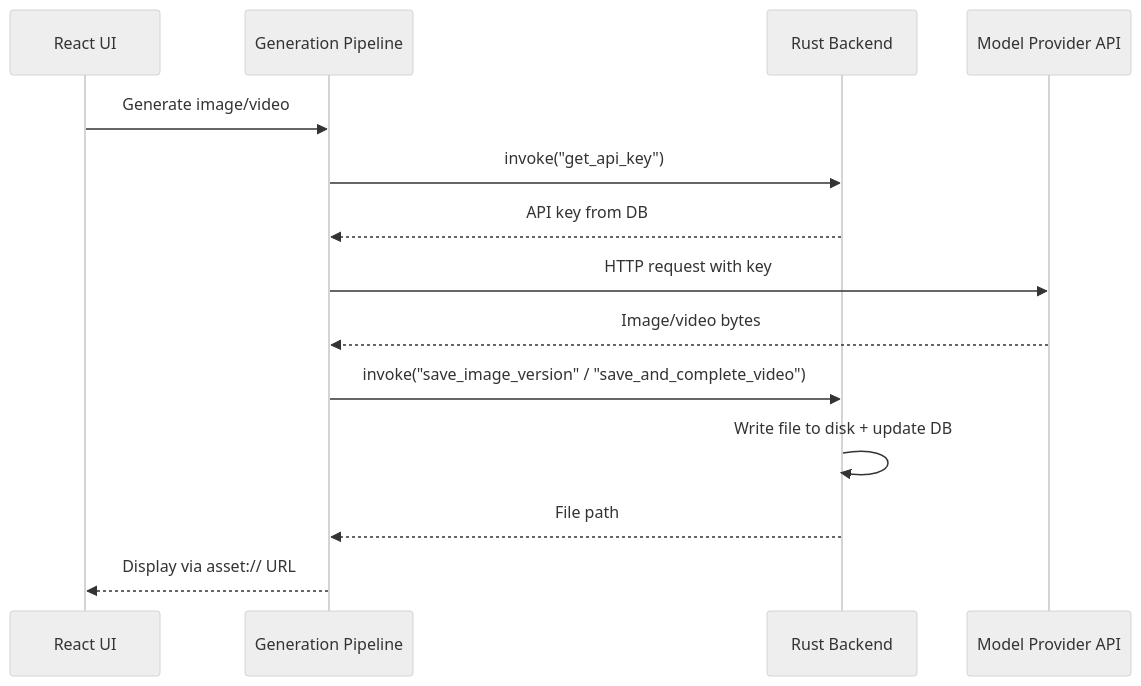
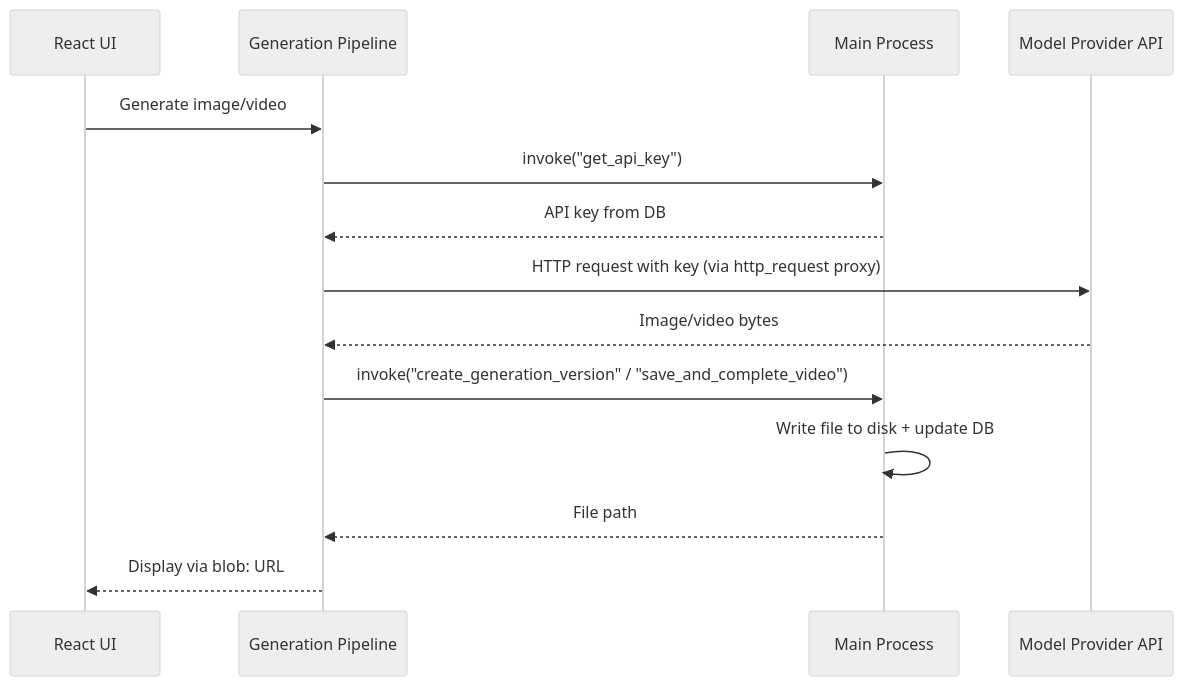
The third of 4 diagrams in docs/architecture.md (alexanderwanyoike/showbiz), drawn with Mermaid (neutral theme) before and after one commit. The commit also changed other lines of this file and 7 other files, not shown here.

````diff
--- a/docs/architecture.md
+++ b/docs/architecture.md
@@ -93,17 +103,17 @@
 ```mermaid
 sequenceDiagram
     participant UI as React UI
     participant Gen as Generation Pipeline
-    participant Rust as Rust Backend
+    participant Main as Main Process
     participant API as Model Provider API
 
     UI->>Gen: Generate image/video
-    Gen->>Rust: invoke("get_api_key")
-    Rust-->>Gen: API key from DB
-    Gen->>API: HTTP request with key
+    Gen->>Main: invoke("get_api_key")
+    Main-->>Gen: API key from DB
+    Gen->>API: HTTP request with key (via http_request proxy)
     API-->>Gen: Image/video bytes
-    Gen->>Rust: invoke("save_image_version" / "save_and_complete_video")
-    Rust->>Rust: Write file to disk + update DB
-    Rust-->>Gen: File path
-    Gen-->>UI: Display via asset:// URL
+    Gen->>Main: invoke("create_generation_version" / "save_and_complete_video")
+    Main->>Main: Write file to disk + update DB
+    Main-->>Gen: File path
+    Gen-->>UI: Display via blob: URL
 ```
````
